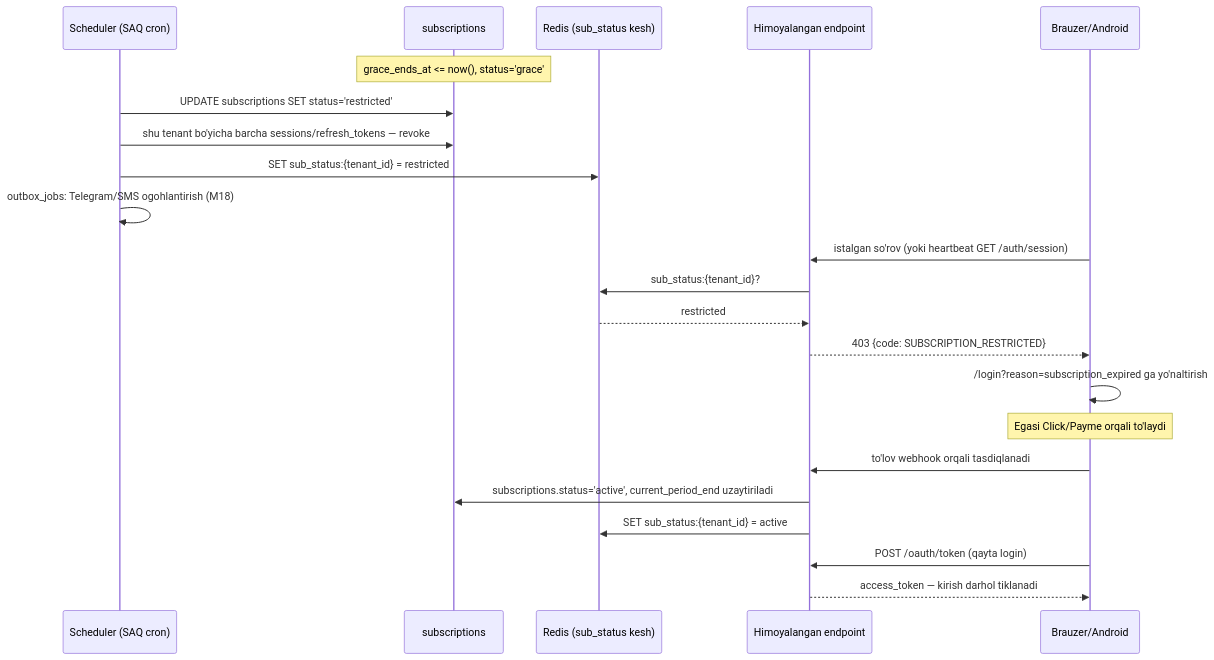
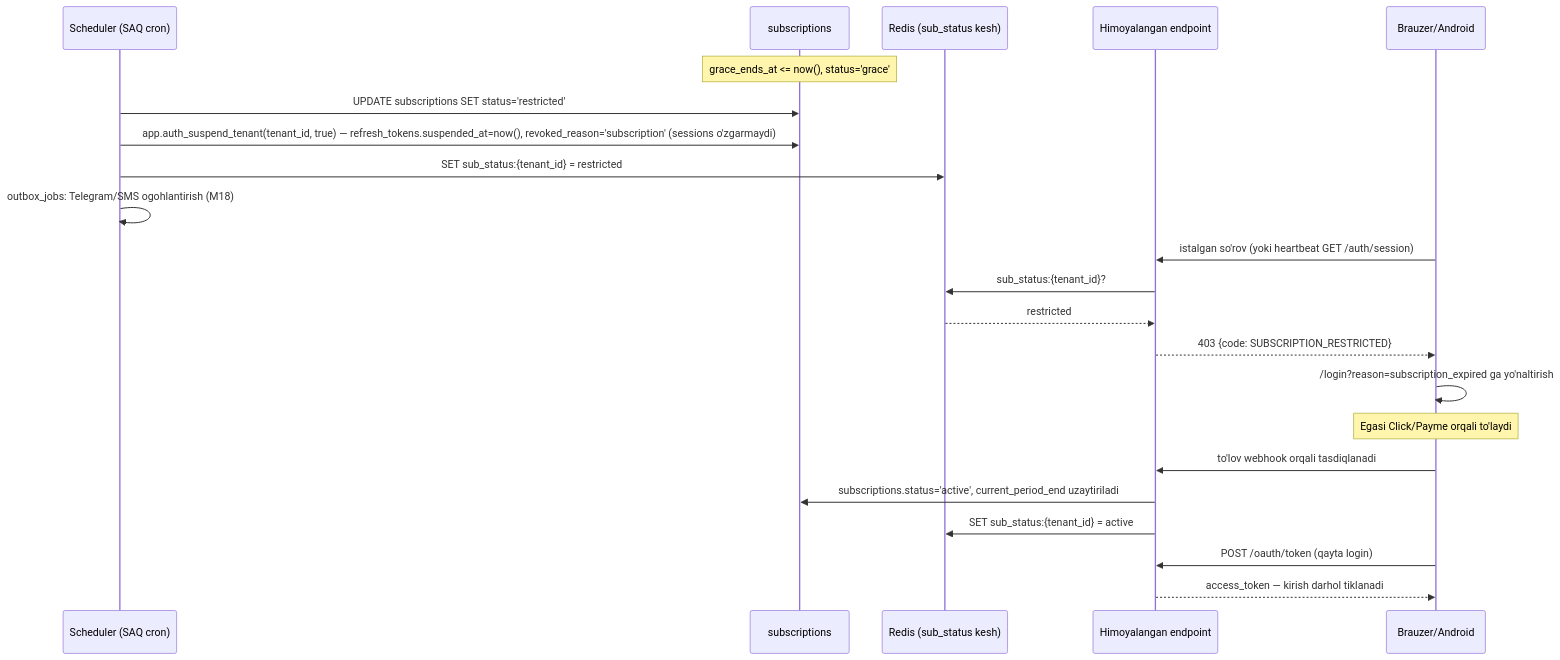
One commit to hasanoff507/erp changed the third of 4 diagrams in spec/kod-uchun/14-autentifikatsiya-oauth2.md. Above: the diagram before and after it, drawn with Mermaid. The commit also changed other lines of this file and 47 other files, not shown here.

````diff
--- a/spec/kod-uchun/14-autentifikatsiya-oauth2.md
+++ b/spec/kod-uchun/14-autentifikatsiya-oauth2.md
@@ -378,27 +396,27 @@
 ```mermaid
 sequenceDiagram
     participant SCH as Scheduler (SAQ cron)
     participant DB as subscriptions
     participant R as Redis (sub_status kesh)
     participant API as Himoyalangan endpoint
     participant Br as Brauzer/Android
 
     Note over DB: grace_ends_at <= now(), status='grace'
     SCH->>DB: UPDATE subscriptions SET status='restricted'
-    SCH->>DB: shu tenant bo'yicha barcha sessions/refresh_tokens — revoke
+    SCH->>DB: app.auth_suspend_tenant(tenant_id, true) — refresh_tokens.suspended_at=now(), revoked_reason='subscription' (sessions o'zgarmaydi)
     SCH->>R: SET sub_status:{tenant_id} = restricted
     SCH->>SCH: outbox_jobs: Telegram/SMS ogohlantirish (M18)
 
     Br->>API: istalgan so'rov (yoki heartbeat GET /auth/session)
     API->>R: sub_status:{tenant_id}?
     R-->>API: restricted
     API-->>Br: 403 {code: SUBSCRIPTION_RESTRICTED}
     Br->>Br: /login?reason=subscription_expired ga yo'naltirish
 
     Note over Br: Egasi Click/Payme orqali to'laydi
     Br->>API: to'lov webhook orqali tasdiqlanadi
     API->>DB: subscriptions.status='active', current_period_end uzaytiriladi
     API->>R: SET sub_status:{tenant_id} = active
     Br->>API: POST /oauth/token (qayta login)
     API-->>Br: access_token — kirish darhol tiklanadi
 ```
````
